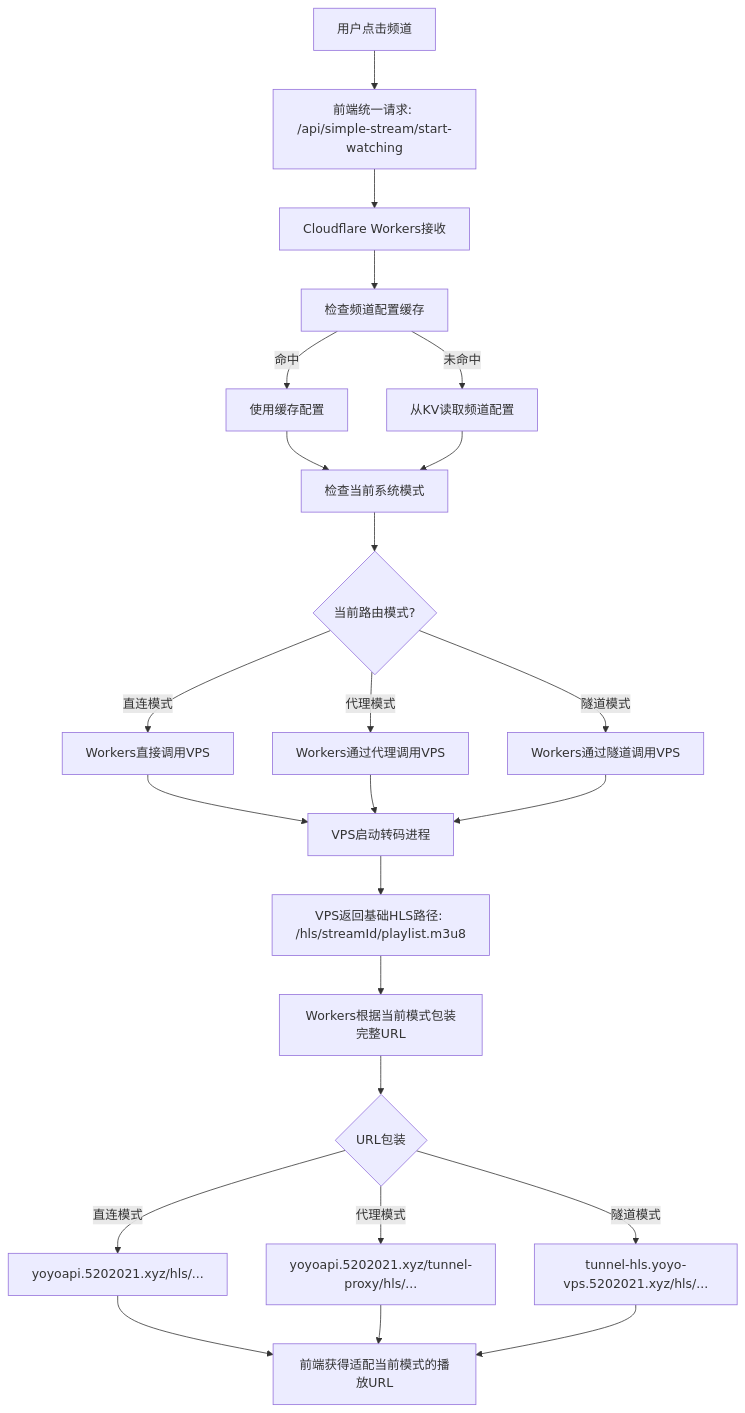
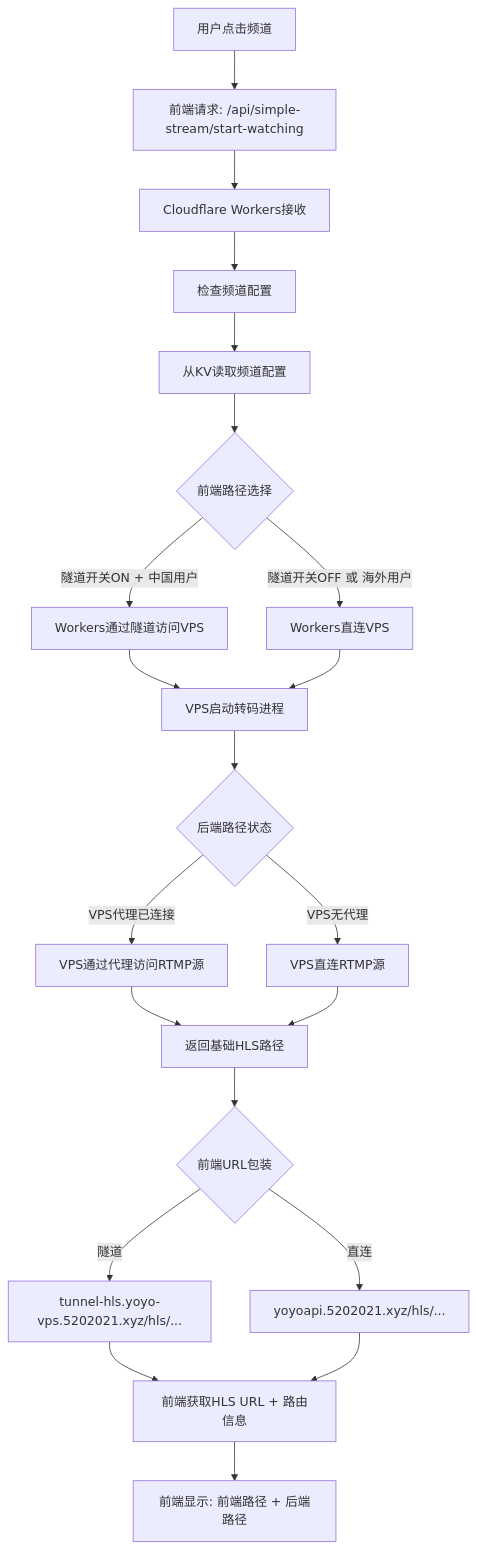
The third of 6 diagrams in vps-transcoder-api/doc/YOYO_PLATFORM_ARCHITECTURE.md (shao-ye/secure-streaming-platform), drawn with Mermaid before and after one commit. The commit also changed other lines of this file, not shown here.

First line of the commit message:
docs(architecture): 更新平台架构文档，完善双维度路由设计说明

````diff
--- a/vps-transcoder-api/doc/YOYO_PLATFORM_ARCHITECTURE.md
+++ b/vps-transcoder-api/doc/YOYO_PLATFORM_ARCHITECTURE.md
@@ -331,31 +523,30 @@
 ```mermaid
 graph TD
-    A[用户点击频道] --> B[前端统一请求: /api/simple-stream/start-watching]
+    A[用户点击频道] --> B[前端请求: /api/simple-stream/start-watching]
     B --> C[Cloudflare Workers接收]
-    C --> D[检查频道配置缓存]
-    D -->|命中| E[使用缓存配置]
-    D -->|未命中| F[从KV读取频道配置]
-    E --> G[检查当前系统模式]
-    F --> G
+    C --> D[检查频道配置]
+    D --> E[从KV读取频道配置]
     
-    G --> H{当前路由模式?}
-    H -->|直连模式| I[Workers直接调用VPS]
-    H -->|代理模式| J[Workers通过代理调用VPS]
-    H -->|隧道模式| K[Workers通过隧道调用VPS]
+    E --> F{前端路径选择}
+    F -->|隧道开关ON + 中国用户| G[Workers通过隧道访问VPS]
+    F -->|隧道开关OFF 或 海外用户| H[Workers直连VPS]
     
-    I --> L[VPS启动转码进程]
-    J --> L
-    K --> L
+    G --> I[VPS启动转码进程]
+    H --> I
     
-    L --> M[VPS返回基础HLS路径: /hls/streamId/playlist.m3u8]
-    M --> N[Workers根据当前模式包装完整URL]
+    I --> J{后端路径状态}
+    J -->|VPS代理已连接| K[VPS通过代理访问RTMP源]
+    J -->|VPS无代理| L[VPS直连RTMP源]
     
-    N --> O{URL包装}
-    O -->|直连模式| P[yoyoapi.5202021.xyz/hls/...]
-    O -->|代理模式| Q[yoyoapi.5202021.xyz/tunnel-proxy/hls/...]
-    O -->|隧道模式| R[tunnel-hls.yoyo-vps.5202021.xyz/hls/...]
+    K --> M[返回基础HLS路径]
+    L --> M
     
-    P --> S[前端获得适配当前模式的播放URL]
-    Q --> S
-    R --> S
+    M --> N{前端URL包装}
+    N -->|隧道| O[tunnel-hls.yoyo-vps.5202021.xyz/hls/...]
+    N -->|直连| P[yoyoapi.5202021.xyz/hls/...]
+    
+    O --> Q[前端获取HLS URL + 路由信息]
+    P --> Q
+    
+    Q --> R[前端显示: 前端路径 + 后端路径]
 ```
````
